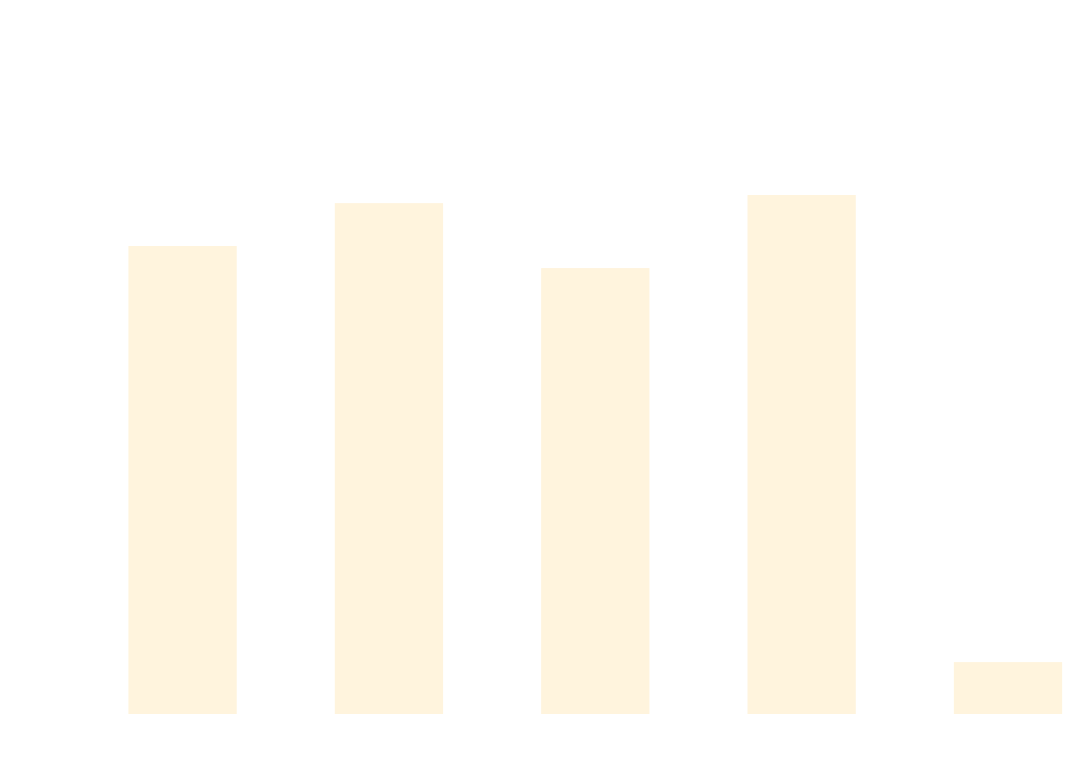
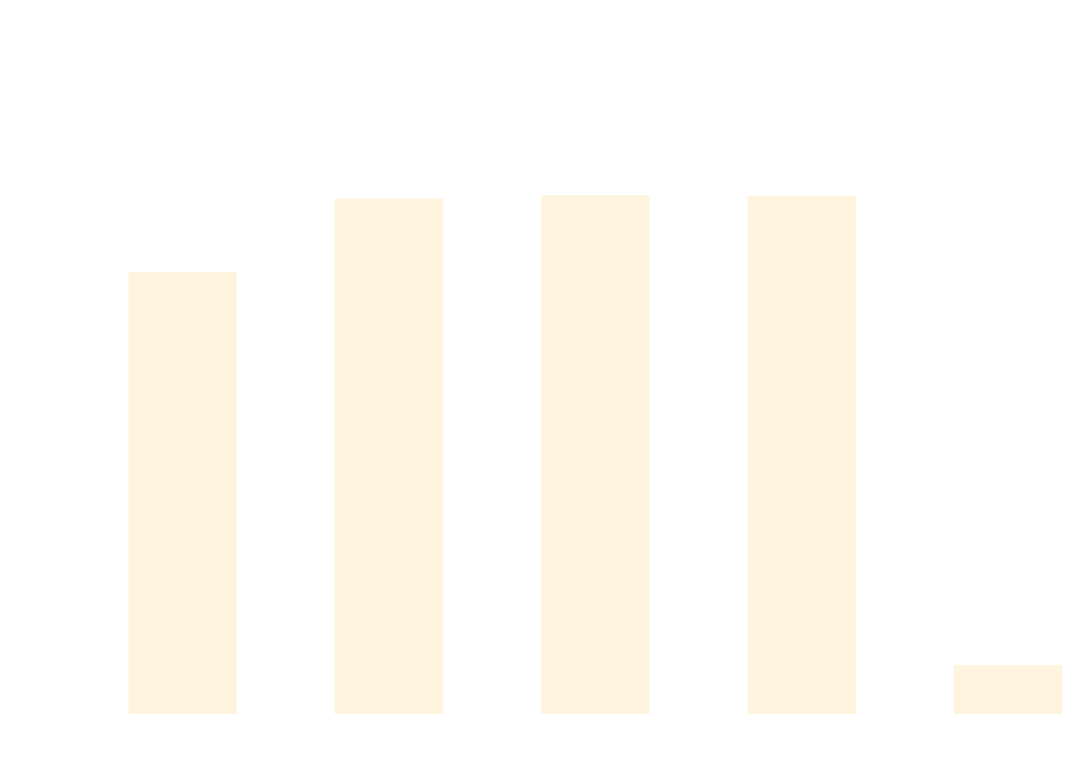
Before and after one commit to thomhurst/TUnit: the diagram in docs/docs/benchmarks/ScaleTests.md, drawn with Mermaid. The commit also changed other lines of this file and 46 other files, not shown here.

````diff
--- a/docs/docs/benchmarks/ScaleTests.md
+++ b/docs/docs/benchmarks/ScaleTests.md
@@ -27,37 +27,37 @@
 ```mermaid
 %%{init: {
   'theme':'base',
   'themeVariables': {
     'primaryColor': '#2563eb',
     'primaryTextColor': '#ffffff',
     'primaryBorderColor': '#1e40af',
     'lineColor': '#6b7280',
     'secondaryColor': '#7c3aed',
     'tertiaryColor': '#dc2626',
     'background': '#ffffff',
     'mainBkg': '#2563eb',
     'secondBkg': '#7c3aed',
     'tertiaryBkg': '#dc2626',
     'clusterBkg': '#f3f4f6',
     'edgeLabelBackground': '#ffffff',
     'tertiaryTextColor': '#1f2937',
     'pie1': '#2563eb',
     'pie2': '#7c3aed',
     'pie3': '#dc2626',
     'pie4': '#f59e0b',
     'pie5': '#10b981',
     'pie6': '#06b6d4',
     'pie7': '#ec4899',
     'pie8': '#6366f1',
     'pie9': '#84cc16',
     'pie10': '#f97316',
     'pie11': '#14b8a6',
     'pie12': '#a855f7'
   }
 }}%%
 xychart-beta
   title "ScaleTests Performance Comparison"
   x-axis ["TUnit", "NUnit", "MSTest", "xUnit3", "TUnit_AOT"]
-  y-axis "Time (ms)" 0 --> 714
-  bar [535.07, 585.44, 509.11, 594.97, 46]
+  y-axis "Time (ms)" 0 --> 739
+  bar [522.37, 611.57, 615.51, 614.63, 43.96]
 ```
````
